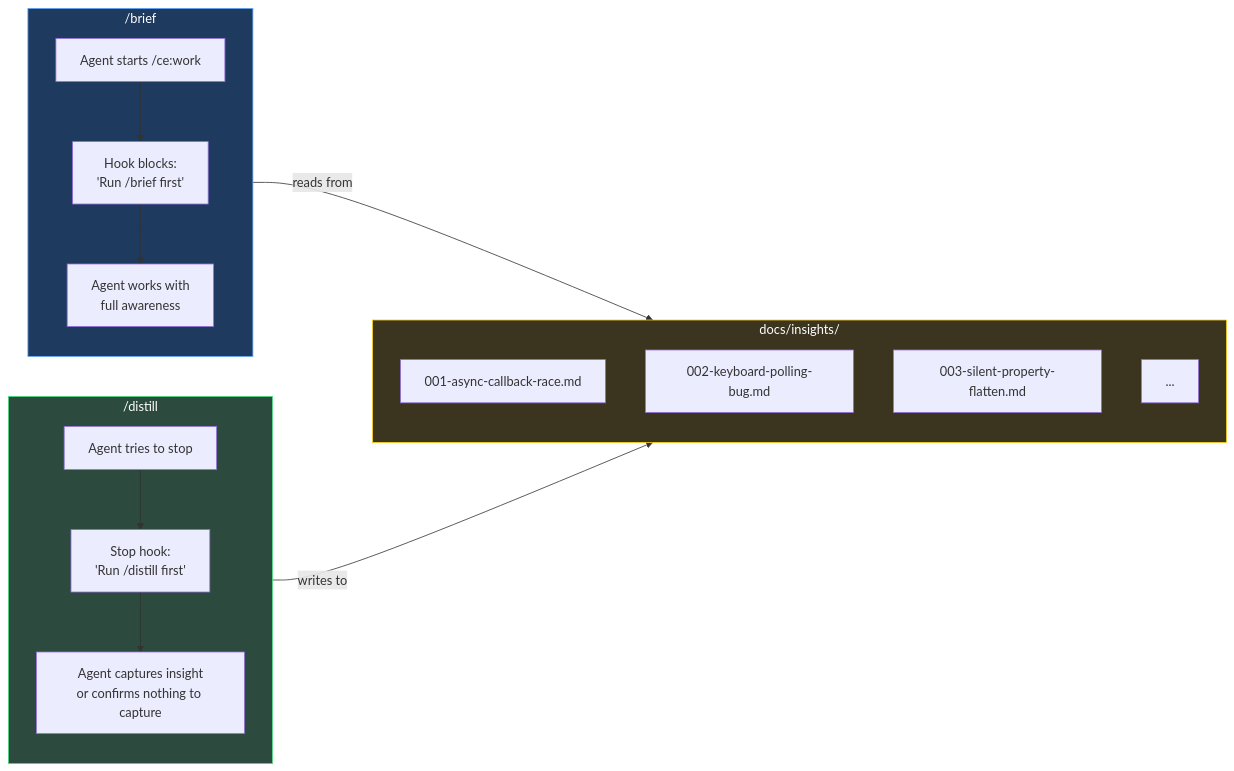
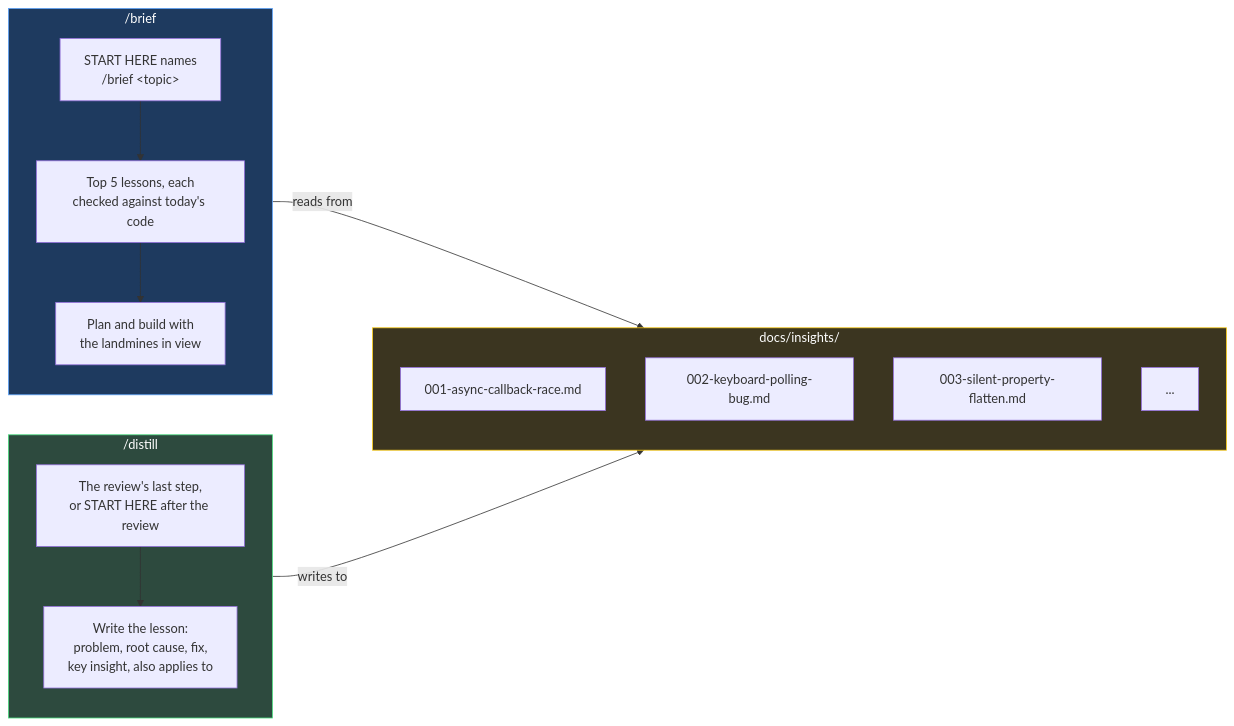
The first of 2 diagrams in projects/skills/distill-and-brief/README.md (mbriggsy/ai-learning-journey), drawn with Mermaid before and after one commit. The commit also changed other lines of this file and 17 other files, not shown here.

````diff
--- a/projects/skills/distill-and-brief/README.md
+++ b/projects/skills/distill-and-brief/README.md
@@ -36,33 +34,32 @@
 ```mermaid
 flowchart LR
     subgraph BRIEF ["  /brief  "]
         direction TB
-        B1["Agent starts /ce:work"]
-        B2["Hook blocks:\n'Run /brief first'"]
-        B3["Agent works with\nfull awareness"]
+        B1["START HERE names\n/brief &lt;topic&gt;"]
+        B2["Top 5 lessons, each\nchecked against today's code"]
+        B3["Plan and build with\nthe landmines in view"]
         B1 --> B2 --> B3
     end
 
     subgraph KB ["  docs/insights/  "]
         direction TB
         S1["001-async-callback-race.md"]
         S2["002-keyboard-polling-bug.md"]
         S3["003-silent-property-flatten.md"]
         S4["..."]
     end
 
     subgraph DISTILL ["  /distill  "]
         direction TB
-        D1["Agent tries to stop"]
-        D2["Stop hook:\n'Run /distill first'"]
-        D3["Agent captures insight\nor confirms nothing to capture"]
-        D1 --> D2 --> D3
+        D1["The review's last step,\nor START HERE after the review"]
+        D2["Write the lesson:\nproblem, root cause, fix,\nkey insight, also applies to"]
+        D1 --> D2
     end
 
     BRIEF -->|"reads from"| KB
     DISTILL -->|"writes to"| KB
 
     style DISTILL fill:#2d4a3e,stroke:#4ade80,color:#fff
     style KB fill:#3b3520,stroke:#facc15,color:#fff
     style BRIEF fill:#1e3a5f,stroke:#60a5fa,color:#fff
 ```
````
